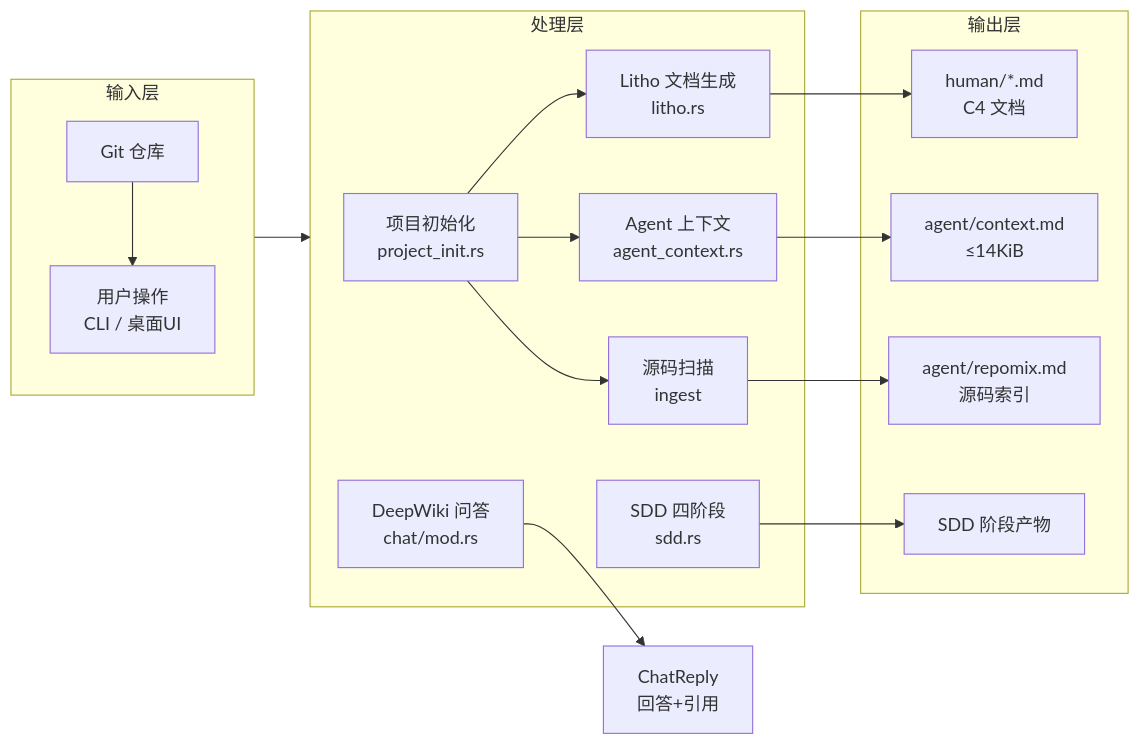
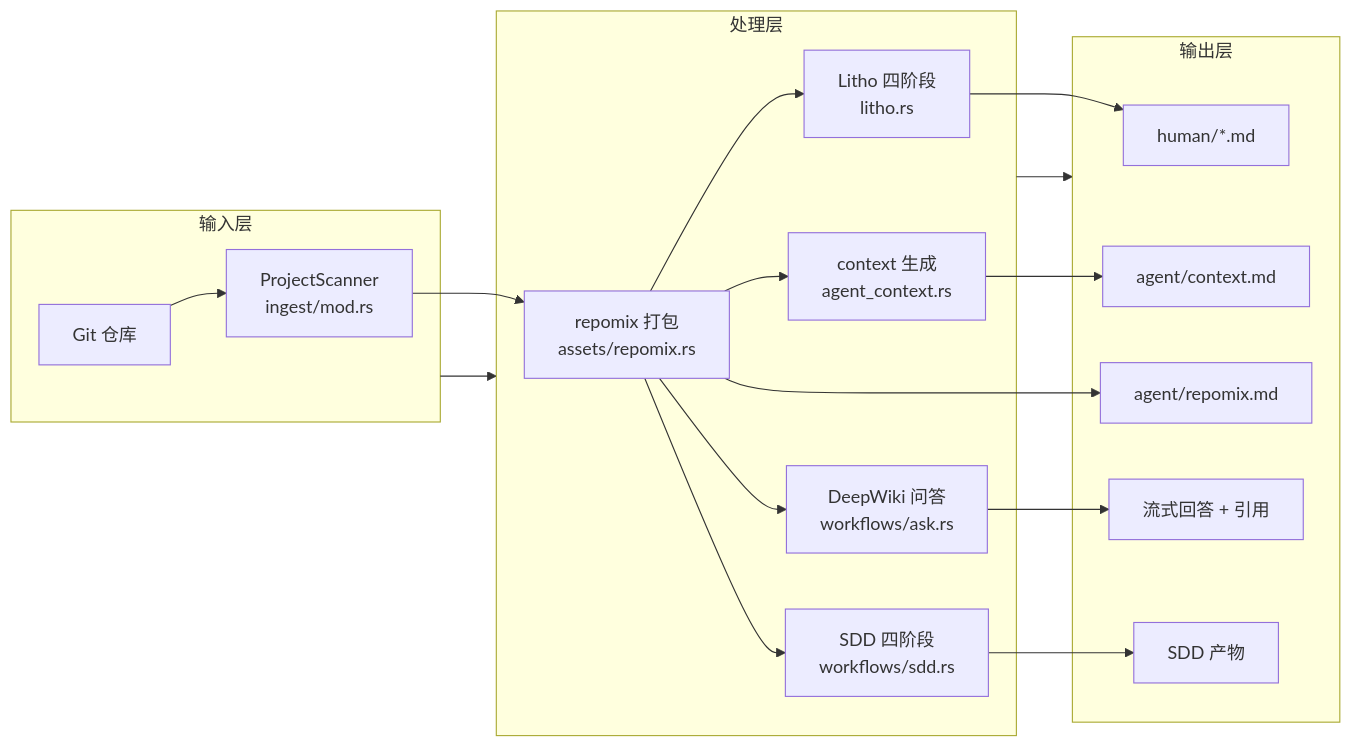
One commit to sopaco/terrain changed the first of 6 diagrams in .terrain/human/3.工作流.md. Above: the diagram before and after it, drawn with Mermaid. The commit also changed other lines of this file and 79 other files, not shown here.

````diff
--- a/.terrain/human/3.工作流.md
+++ b/.terrain/human/3.工作流.md
@@ -15,25 +11,21 @@
 ```mermaid
 flowchart LR
     subgraph inputLayer["输入层"]
-        A["Git 仓库"] --> B["用户操作<br/>CLI / 桌面UI"]
+        Git["Git 仓库"] --> Scan["ProjectScanner<br/>ingest/mod.rs"]
     end
     subgraph processLayer["处理层"]
-        C["项目初始化<br/>project_init.rs"] --> D["源码扫描<br/>ingest"]
-        C --> E["Litho 文档生成<br/>litho.rs"]
-        C --> F["Agent 上下文<br/>agent_context.rs"]
-        G["DeepWiki 问答<br/>chat/mod.rs"]
-        H["SDD 四阶段<br/>sdd.rs"]
+        Scan --> Pack["repomix 打包<br/>assets/repomix.rs"]
+        Pack --> Litho["Litho 四阶段<br/>litho.rs"]
+        Pack --> Context["context 生成<br/>agent_context.rs"]
+        Pack --> Ask["DeepWiki 问答<br/>workflows/ask.rs"]
+        Pack --> Sdd["SDD 四阶段<br/>workflows/sdd.rs"]
     end
     subgraph outputLayer["输出层"]
-        I["human/*.md<br/>C4 文档"]
-        J["agent/context.md<br/>≤14KiB"]
-        K["agent/repomix.md<br/>源码索引"]
-        L["SDD 阶段产物"]
+        Litho --> Human["human/*.md"]
+        Context --> AgentCtx["agent/context.md"]
+        Pack --> Repomix["agent/repomix.md"]
+        Ask --> Answer["流式回答 + 引用"]
+        Sdd --> SddOut["SDD 产物"]
     end
-    inputLayer --> processLayer
-    D --> K
-    E --> I
-    F --> J
-    G --> M["ChatReply<br/>回答+引用"]
-    H --> L
+    inputLayer --> processLayer --> outputLayer
 ```
````
